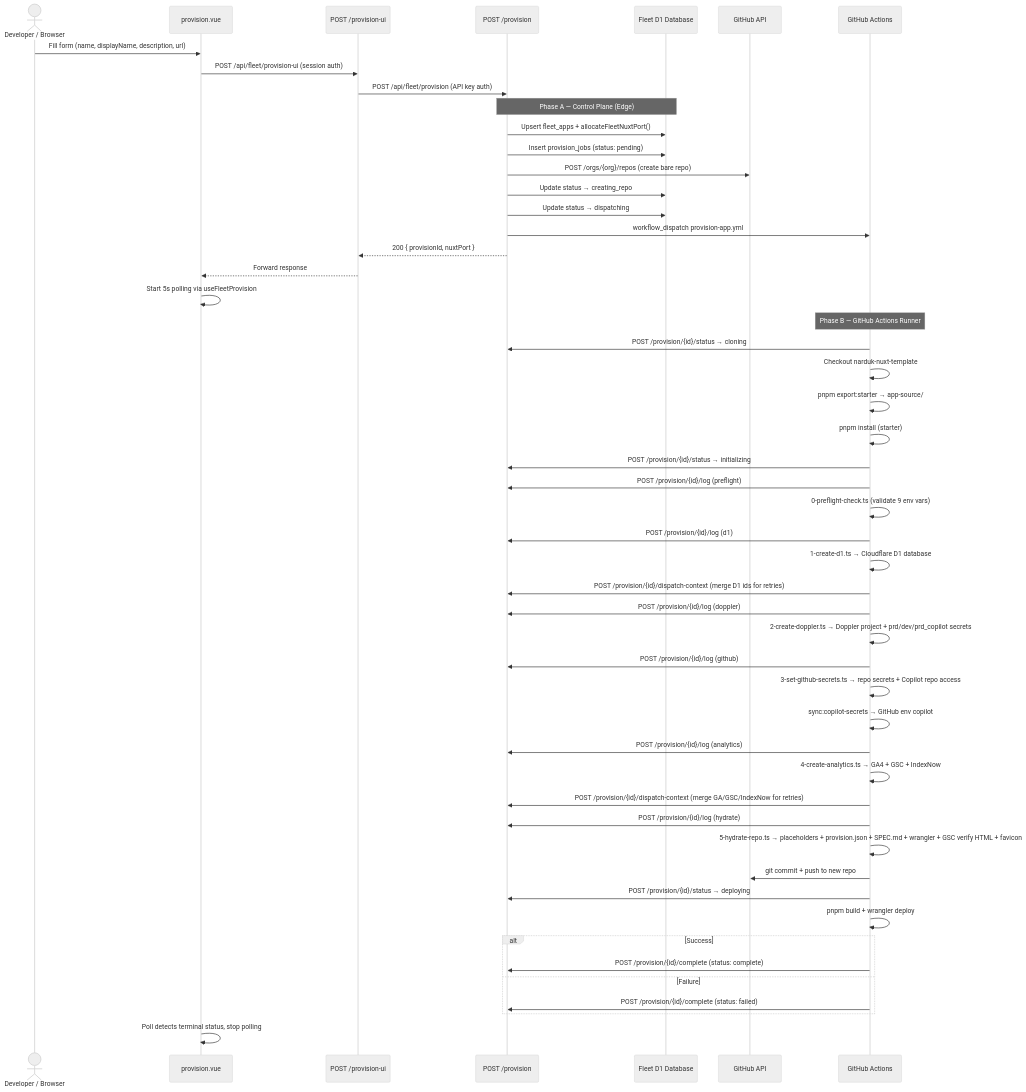
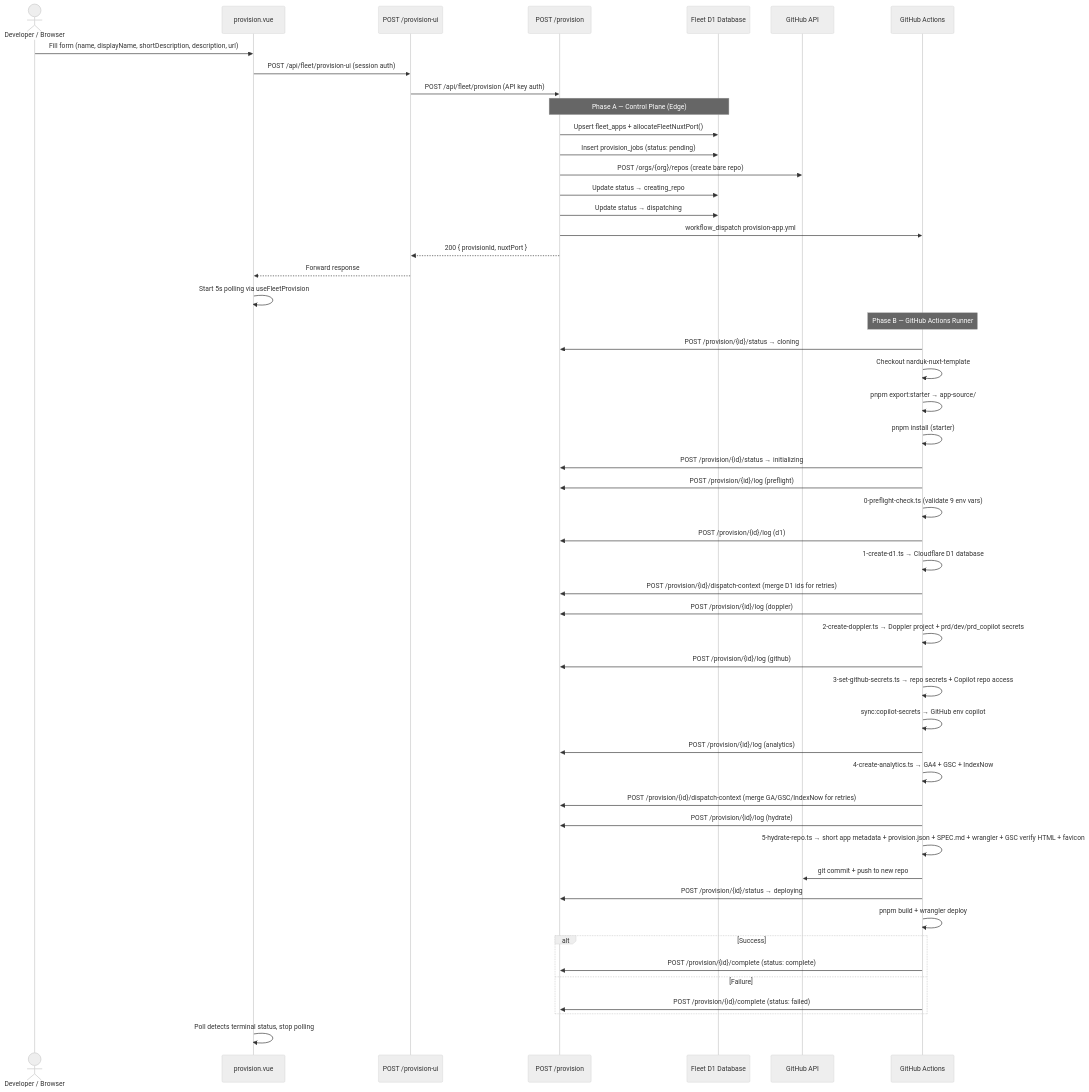
One commit to narduk-enterprises/control-plane changed the first of 6 diagrams in docs/provisioning-pipeline.md. Above: the diagram before and after it, drawn with Mermaid (neutral theme). The commit also changed 10 other files, not shown here.

````diff
--- a/docs/provisioning-pipeline.md
+++ b/docs/provisioning-pipeline.md
@@ -16,67 +16,67 @@
 ```mermaid
 sequenceDiagram
     actor User as Developer / Browser
     participant UI as provision.vue
     participant Proxy as POST /provision-ui
     participant API as POST /provision
     participant D1 as Fleet D1 Database
     participant GH as GitHub API
     participant GHA as GitHub Actions
 
-    User->>UI: Fill form (name, displayName, description, url)
+    User->>UI: Fill form (name, displayName, shortDescription, description, url)
     UI->>Proxy: POST /api/fleet/provision-ui (session auth)
     Proxy->>API: POST /api/fleet/provision (API key auth)
 
     Note over API,D1: Phase A — Control Plane (Edge)
 
     API->>D1: Upsert fleet_apps + allocateFleetNuxtPort()
     API->>D1: Insert provision_jobs (status: pending)
     API->>GH: POST /orgs/{org}/repos (create bare repo)
     API->>D1: Update status → creating_repo
     API->>D1: Update status → dispatching
     API->>GHA: workflow_dispatch provision-app.yml
     API-->>Proxy: 200 { provisionId, nuxtPort }
     Proxy-->>UI: Forward response
     UI->>UI: Start 5s polling via useFleetProvision
 
     Note over GHA: Phase B — GitHub Actions Runner
 
     GHA->>API: POST /provision/{id}/status → cloning
     GHA->>GHA: Checkout narduk-nuxt-template
     GHA->>GHA: pnpm export:starter → app-source/
     GHA->>GHA: pnpm install (starter)
 
     GHA->>API: POST /provision/{id}/status → initializing
     GHA->>API: POST /provision/{id}/log (preflight)
     GHA->>GHA: 0-preflight-check.ts (validate 9 env vars)
 
     GHA->>API: POST /provision/{id}/log (d1)
     GHA->>GHA: 1-create-d1.ts → Cloudflare D1 database
     GHA->>API: POST /provision/{id}/dispatch-context (merge D1 ids for retries)
 
     GHA->>API: POST /provision/{id}/log (doppler)
     GHA->>GHA: 2-create-doppler.ts → Doppler project + prd/dev/prd_copilot secrets
 
     GHA->>API: POST /provision/{id}/log (github)
     GHA->>GHA: 3-set-github-secrets.ts → repo secrets + Copilot repo access
     GHA->>GHA: sync:copilot-secrets → GitHub env copilot
 
     GHA->>API: POST /provision/{id}/log (analytics)
     GHA->>GHA: 4-create-analytics.ts → GA4 + GSC + IndexNow
     GHA->>API: POST /provision/{id}/dispatch-context (merge GA/GSC/IndexNow for retries)
 
     GHA->>API: POST /provision/{id}/log (hydrate)
-    GHA->>GHA: 5-hydrate-repo.ts → placeholders + provision.json + SPEC.md + wrangler + GSC verify HTML + favicon
+    GHA->>GHA: 5-hydrate-repo.ts → short app metadata + provision.json + SPEC.md + wrangler + GSC verify HTML + favicon
 
     GHA->>GH: git commit + push to new repo
     GHA->>API: POST /provision/{id}/status → deploying
     GHA->>GHA: pnpm build + wrangler deploy
 
     alt Success
         GHA->>API: POST /provision/{id}/complete (status: complete)
     else Failure
         GHA->>API: POST /provision/{id}/complete (status: failed)
     end
 
     UI->>UI: Poll detects terminal status, stop polling
 ```
````
